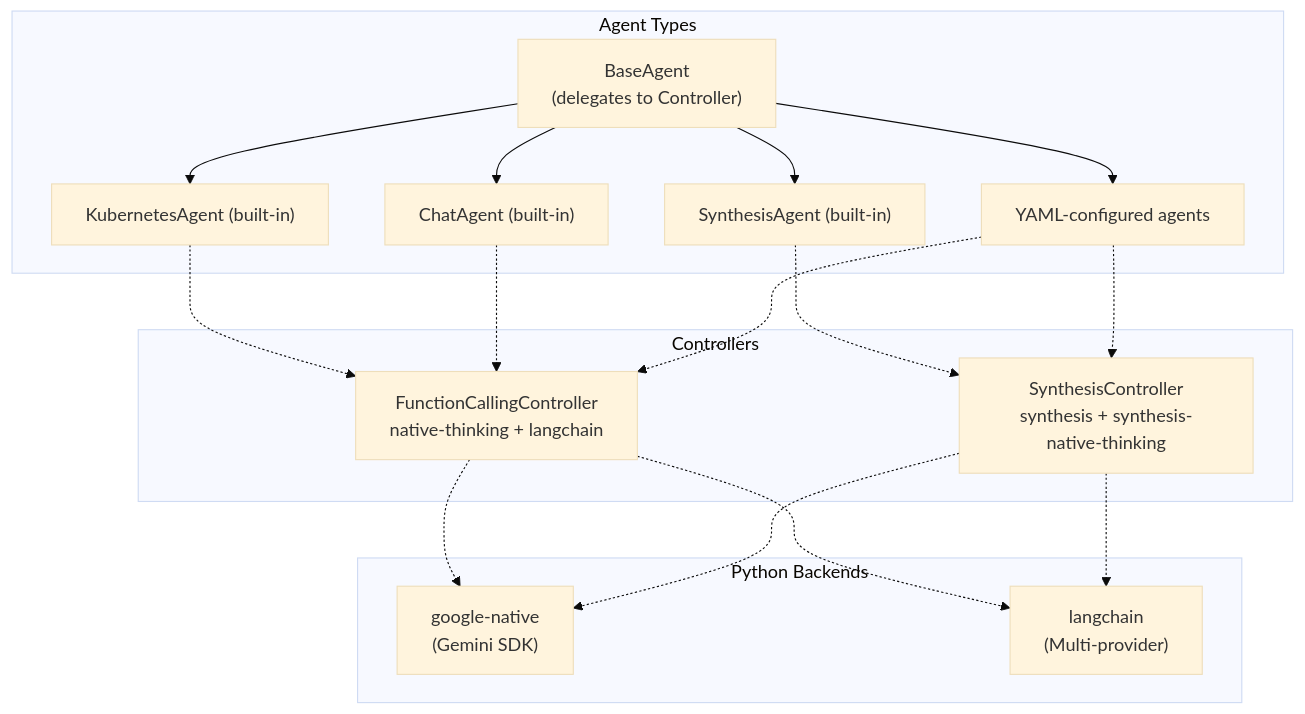
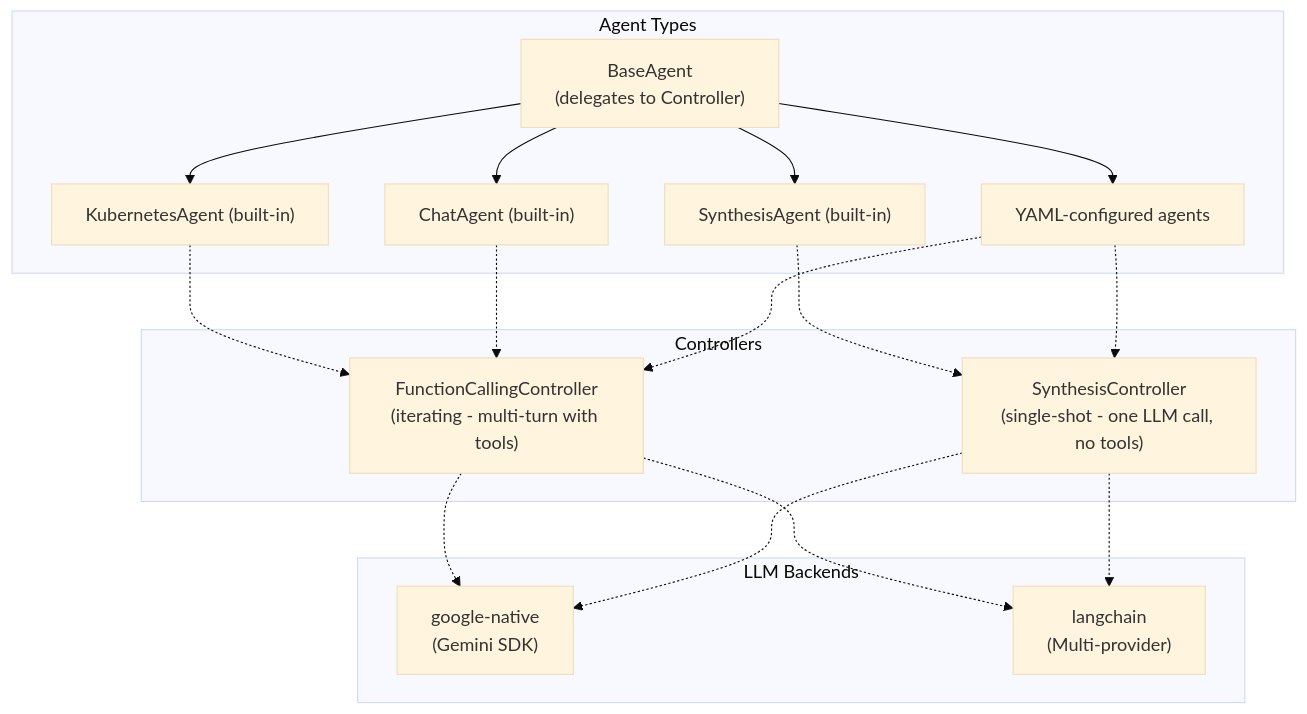
Before and after one commit to codeready-toolchain/tarsy: the fourth of 9 diagrams in docs/functional-areas-design.md, drawn with Mermaid (base theme). The commit also changed other lines of this file and 99 other files, not shown here.

````diff
--- a/docs/functional-areas-design.md
+++ b/docs/functional-areas-design.md
@@ -355,36 +360,36 @@
 ```mermaid
 graph TB
     subgraph agentTypes [Agent Types]
         BA["BaseAgent<br/>(delegates to Controller)"]
         KA["KubernetesAgent (built-in)"]
         SA["SynthesisAgent (built-in)"]
         CA["ChatAgent (built-in)"]
         YA["YAML-configured agents"]
     end
 
     subgraph controllers [Controllers]
-        FC["FunctionCallingController<br/>native-thinking + langchain"]
-        SC["SynthesisController<br/>synthesis + synthesis-native-thinking"]
+        FC["FunctionCallingController<br/>(iterating - multi-turn with tools)"]
+        SC["SynthesisController<br/>(single-shot - one LLM call, no tools)"]
     end
 
-    subgraph backends [Python Backends]
+    subgraph backends [LLM Backends]
         GN["google-native<br/>(Gemini SDK)"]
         LC["langchain<br/>(Multi-provider)"]
     end
 
     BA --> KA
     BA --> SA
     BA --> CA
     BA --> YA
 
     KA -.-> FC
     CA -.-> FC
     SA -.-> SC
     YA -.-> FC
     YA -.-> SC
 
     FC -.-> GN
     FC -.-> LC
     SC -.-> GN
     SC -.-> LC
 ```
````
